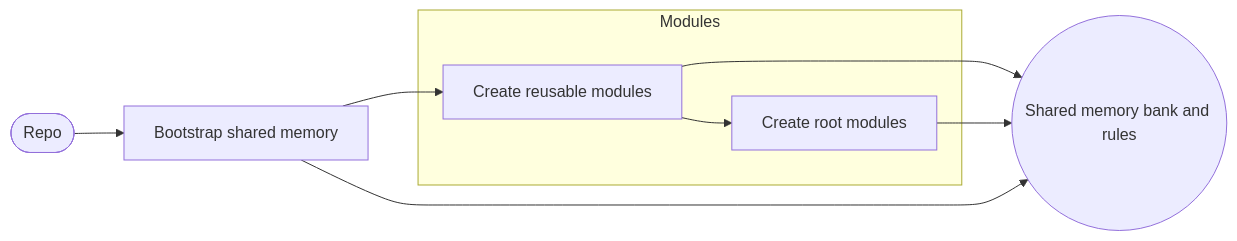
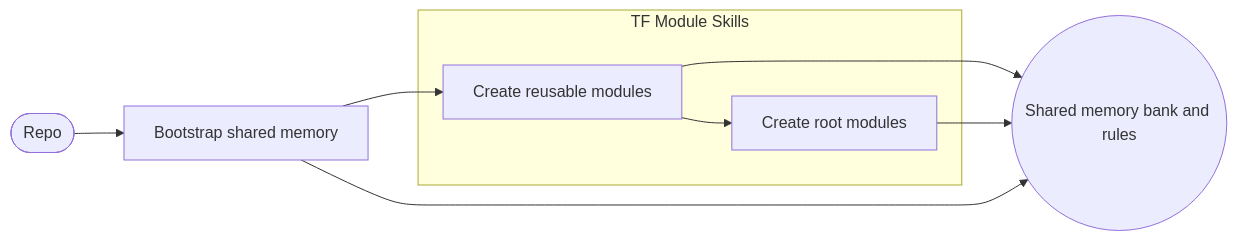
The diagram in media/diagram.md (senad-d/terraform-skills), drawn with Mermaid before and after one commit. The commit also changed 1 other file, not shown here.

Commit message:
docs(media): update skills diagrams labels

````diff
--- a/media/diagram.md
+++ b/media/diagram.md
@@ -1,20 +1,20 @@
 ```mermaid
 flowchart LR
-    %% Terraform skills memory bank workflow
+    %% TF skills memory bank workflow
 
     A([Repo]) --> B[Bootstrap shared memory]
     B --> C[Create reusable modules]
     C --> D[Create root modules]
 
-    subgraph Modules
+    subgraph TF Module Skills
         C
         D
     end
 
     MB((Shared memory bank and rules))
 
     C --> MB
     D --> MB
     B --> MB
 
 ```
````
